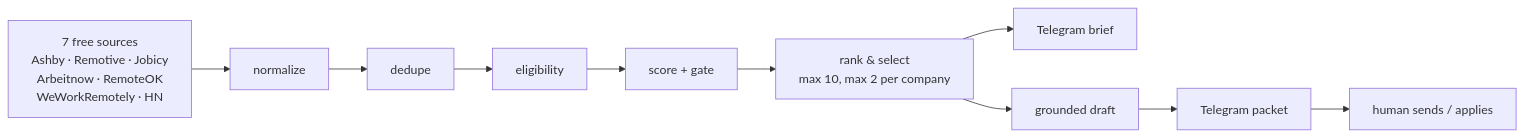
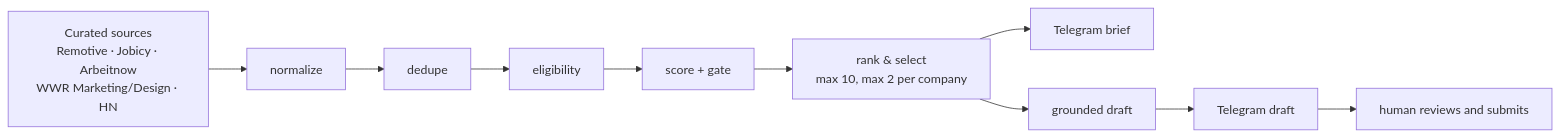
Before and after one commit to Sammysystems/job-finder-bot: the diagram in README.md, drawn with Mermaid. The commit also changed other lines of this file and 25 other files, not shown here.

Commit message:
refactor: refresh job sources, scoring, and outreach flow

````diff
--- a/README.md
+++ b/README.md
@@ -29,12 +30,12 @@
 ```mermaid
 flowchart LR
-  S[7 free sources<br/>Ashby · Remotive · Jobicy<br/>Arbeitnow · RemoteOK<br/>WeWorkRemotely · HN] --> N[normalize]
+  S[Curated sources<br/>Remotive · Jobicy · Arbeitnow<br/>WWR Marketing/Design · HN] --> N[normalize]
   N --> D[dedupe]
   D --> E[eligibility]
   E --> SC[score + gate]
   SC --> R[rank & select<br/>max 10, max 2 per company]
   R --> B[Telegram brief]
   R --> DR[grounded draft]
-  DR --> P[Telegram packet]
-  P --> H[human sends / applies]
+  DR -->   P[Telegram draft]
+  P --> H[human reviews and submits]
 ```
````
